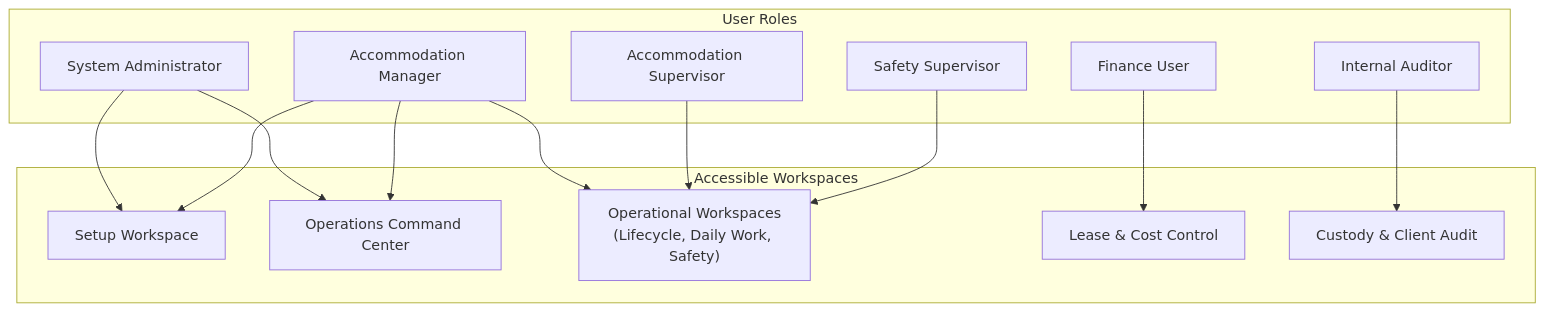
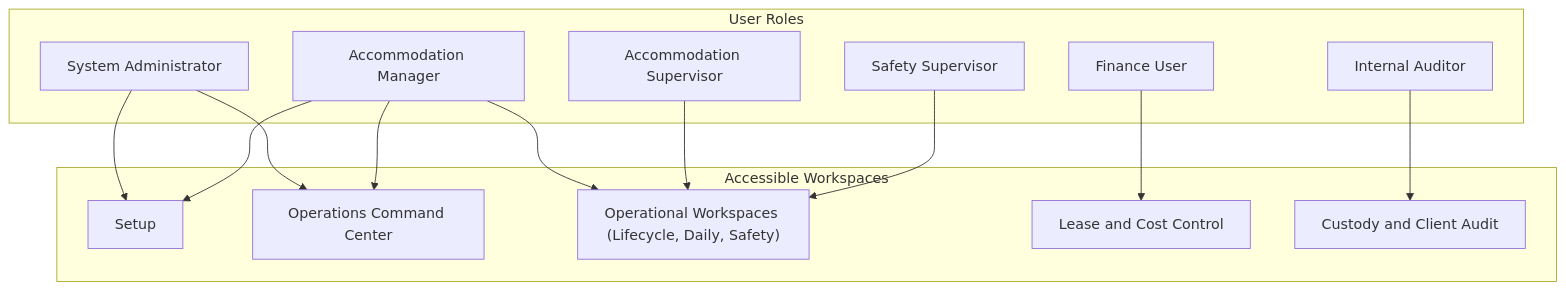
Before and after one commit to iabodysa/apex: the third of 4 diagrams in README.md, drawn with Mermaid. The commit also changed other lines of this file, not shown here.

````diff
--- a/README.md
+++ b/README.md
@@ -173,29 +171,29 @@
 ```mermaid
 flowchart TD
     subgraph Users ["User Roles"]
         UserAdmin["System Administrator"]
         UserManager["Accommodation Manager"]
         UserSupervisor["Accommodation Supervisor"]
         UserFinance["Finance User"]
         UserAuditor["Internal Auditor"]
         UserSafety["Safety Supervisor"]
     end
 
     subgraph AccessWorkspaces ["Accessible Workspaces"]
-        WS_Setup["Setup Workspace"]
+        WS_Setup["Setup"]
         WS_OCC["Operations Command Center"]
-        WS_Ops["Operational Workspaces\n(Lifecycle, Daily Work, Safety)"]
-        WS_Finance["Lease & Cost Control"]
-        WS_Audit["Custody & Client Audit"]
+        WS_Ops["Operational Workspaces (Lifecycle, Daily, Safety)"]
+        WS_Finance["Lease and Cost Control"]
+        WS_Audit["Custody and Client Audit"]
     end
 
     UserAdmin --> WS_Setup
     UserAdmin --> WS_OCC
     UserManager --> WS_OCC
     UserManager --> WS_Setup
     UserManager --> WS_Ops
     UserSupervisor --> WS_Ops
     UserFinance --> WS_Finance
     UserAuditor --> WS_Audit
     UserSafety --> WS_Ops
 ```
````
